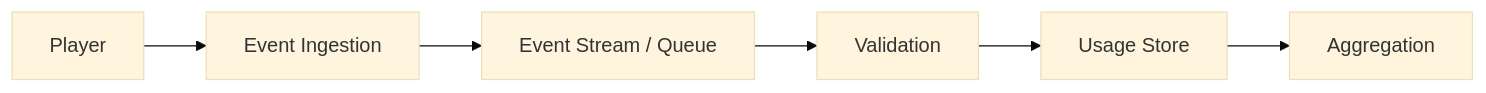
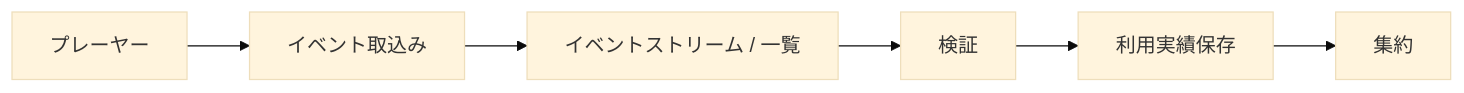
Diagram 11 of 47 in docs/whitepaper/12-infrastructure-cost.md (ShigeichiroYamasaki/creator-first-platform), drawn with Mermaid (base theme) before and after one commit. The commit also changed other lines of this file and 72 other files, not shown here.

````diff
--- a/docs/whitepaper/12-infrastructure-cost.md
+++ b/docs/whitepaper/12-infrastructure-cost.md
@@ -444,11 +444,11 @@
 ```mermaid
 flowchart LR
-    PLAYER[Player]
-    INGEST[Event Ingestion]
-    QUEUE[Event Stream / Queue]
-    VALID[Validation]
-    STORE[Usage Store]
-    AGG[Aggregation]
+    PLAYER[プレーヤー]
+    INGEST[イベント取込み]
+    QUEUE[イベントストリーム / 一覧]
+    VALID[検証]
+    STORE[利用実績保存]
+    AGG[集約]
 
     PLAYER --> INGEST --> QUEUE --> VALID --> STORE --> AGG
 ```
````
